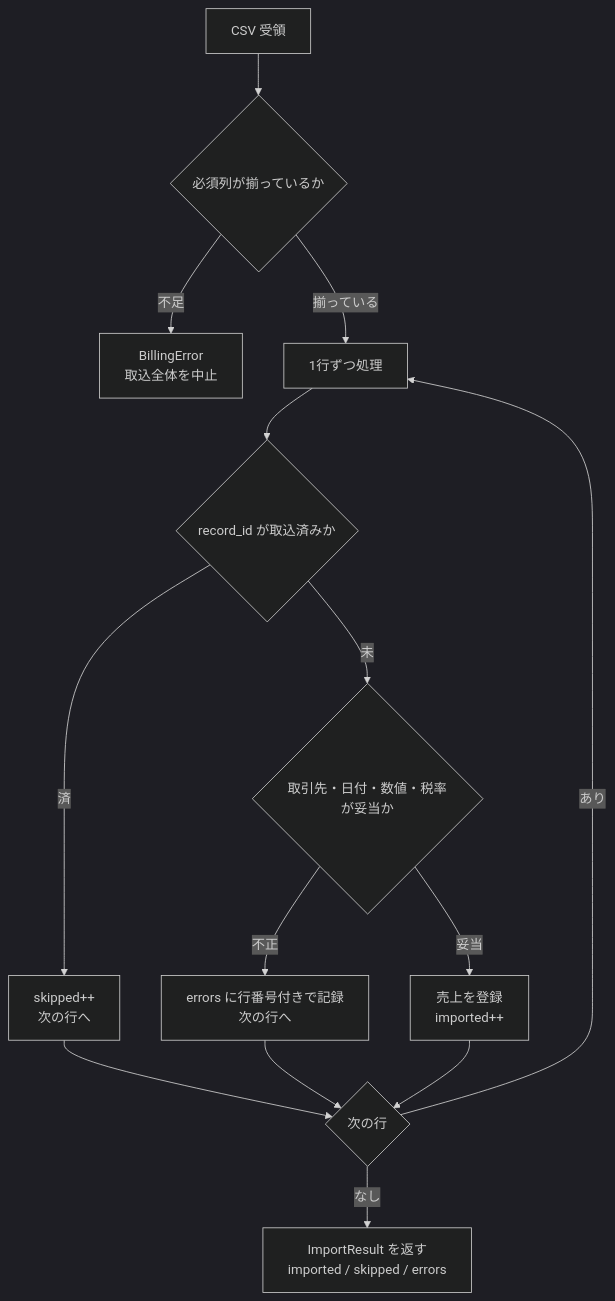
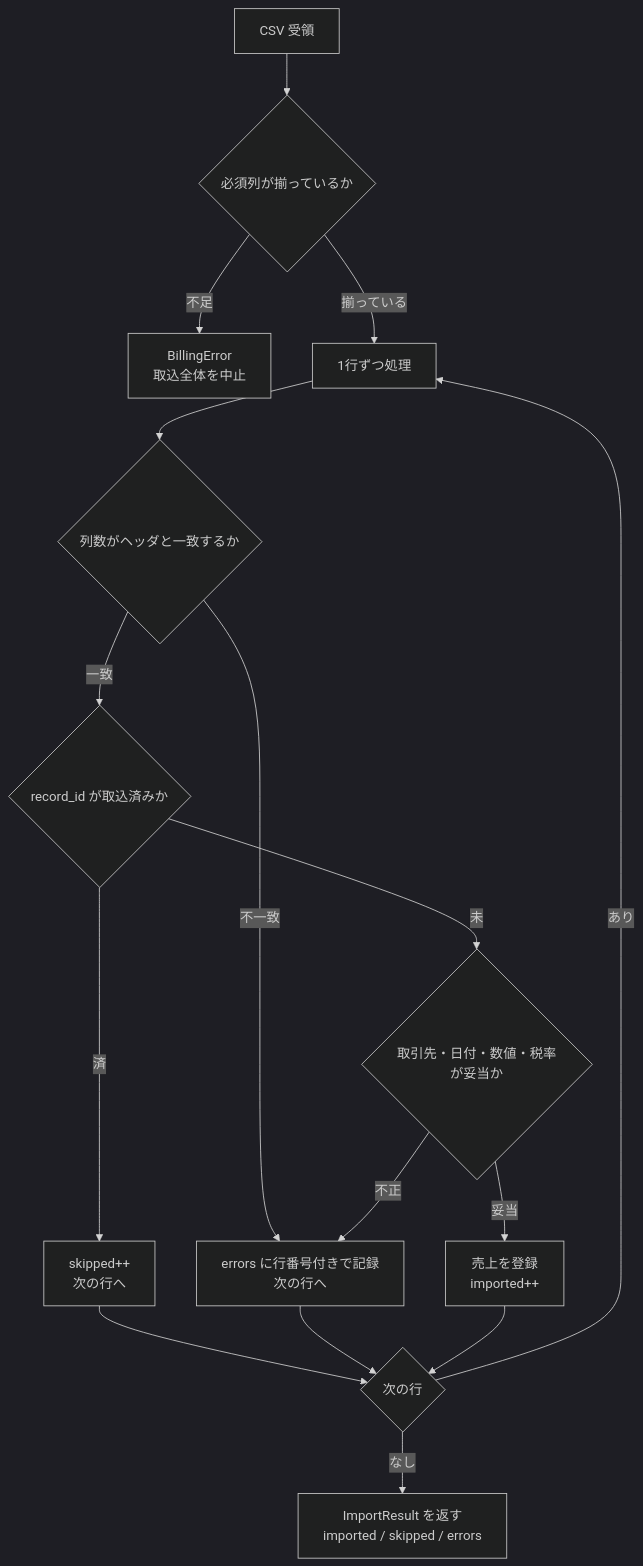
One commit to SeckeyJP/j-six changed the first of 2 diagrams in examples/monthly-billing/docs/deliverables/external-if/04-interface-process.md. Above: the diagram before and after it, drawn with Mermaid (dark theme). The commit also changed other lines of this file and 5 other files, not shown here.

````diff
--- a/examples/monthly-billing/docs/deliverables/external-if/04-interface-process.md
+++ b/examples/monthly-billing/docs/deliverables/external-if/04-interface-process.md
@@ -13,16 +13,18 @@
 ```mermaid
 flowchart TD
     A[CSV 受領] --> B{必須列が揃っているか}
     B -->|不足| E1["BillingError<br/>取込全体を中止"]
     B -->|揃っている| C[1行ずつ処理]
-    C --> D{record_id が取込済みか}
+    C --> K{列数がヘッダと一致するか}
+    K -->|不一致| G
+    K -->|一致| D{record_id が取込済みか}
     D -->|済| S["skipped++<br/>次の行へ"]
     D -->|未| F{取引先・日付・数値・税率が妥当か}
     F -->|不正| G["errors に行番号付きで記録<br/>次の行へ"]
     F -->|妥当| H["売上を登録<br/>imported++"]
     S --> I{次の行}
     G --> I
     H --> I
     I -->|あり| C
     I -->|なし| J["ImportResult を返す<br/>imported / skipped / errors"]
 ```
````
